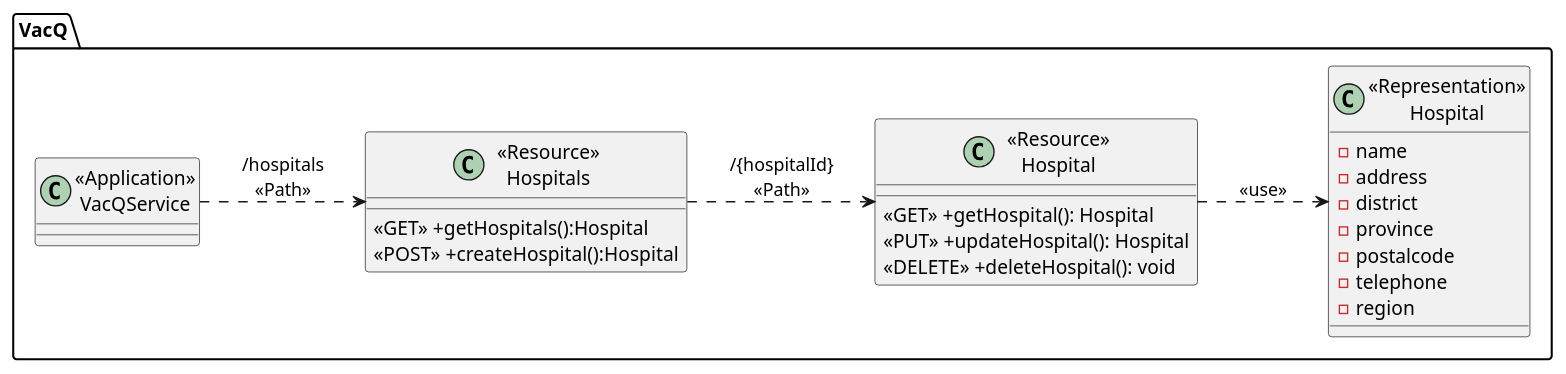
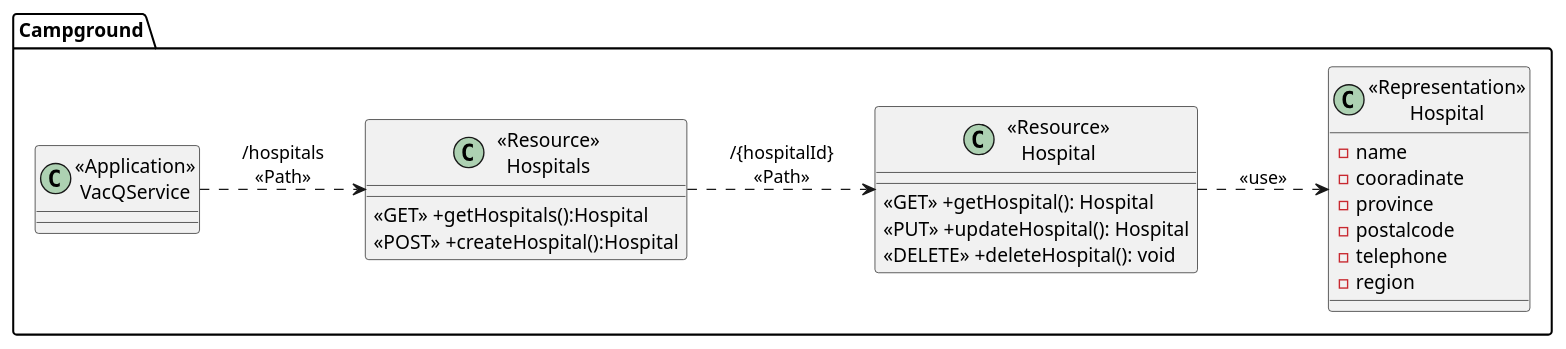
Before and after one commit to FaiiFaiipuipui/CEDT_Y1T2_backend-campgroundbooking: the diagram in diagram/CampgroundClass.puml, drawn with PlantUML. The commit also changed 1 other file, not shown here.

Commit message:
Fix mongoose schema

```diff
--- a/diagram/CampgroundClass.puml
+++ b/diagram/CampgroundClass.puml
@@ -1,33 +1,32 @@
 @startuml
 left to right direction
-package "VacQ"{
+package "Campground"{
     class "<<Application>>\nVacQService" as VacQService{}
 
     class "<<Resource>>\nHospitals" as ResourceHospitals{
         <<GET>> +getHospitals():Hospital
         <<POST>> +createHospital():Hospital
     }
 
     class "<<Resource>>\nHospital" as ResourceHospital {
         <<GET>> +getHospital(): Hospital
         <<PUT>> +updateHospital(): Hospital
         <<DELETE>> +deleteHospital(): void
     }
 
     class "<<Representation>>\nHospital" as RepresentationHospital {
         -name
-        -address
-        -district
+        -cooradinate
         -province
         -postalcode
         -telephone
         -region
     }
 
 }
 
 VacQService ..> ResourceHospitals:"/hospitals\n<<Path>>"
 ResourceHospitals ..> ResourceHospital: "/{hospitalId}\n<<Path>>"
 ResourceHospital ..> RepresentationHospital: "<<use>>"
 
 @enduml
```
